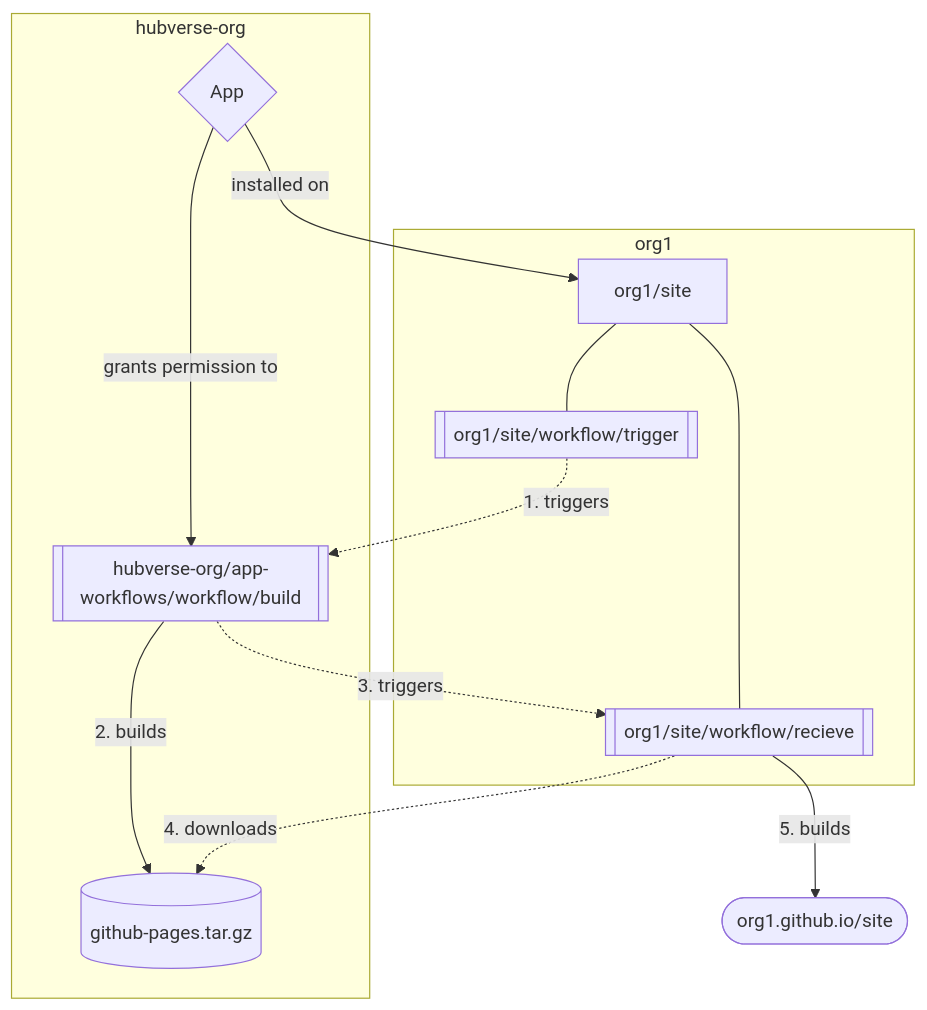
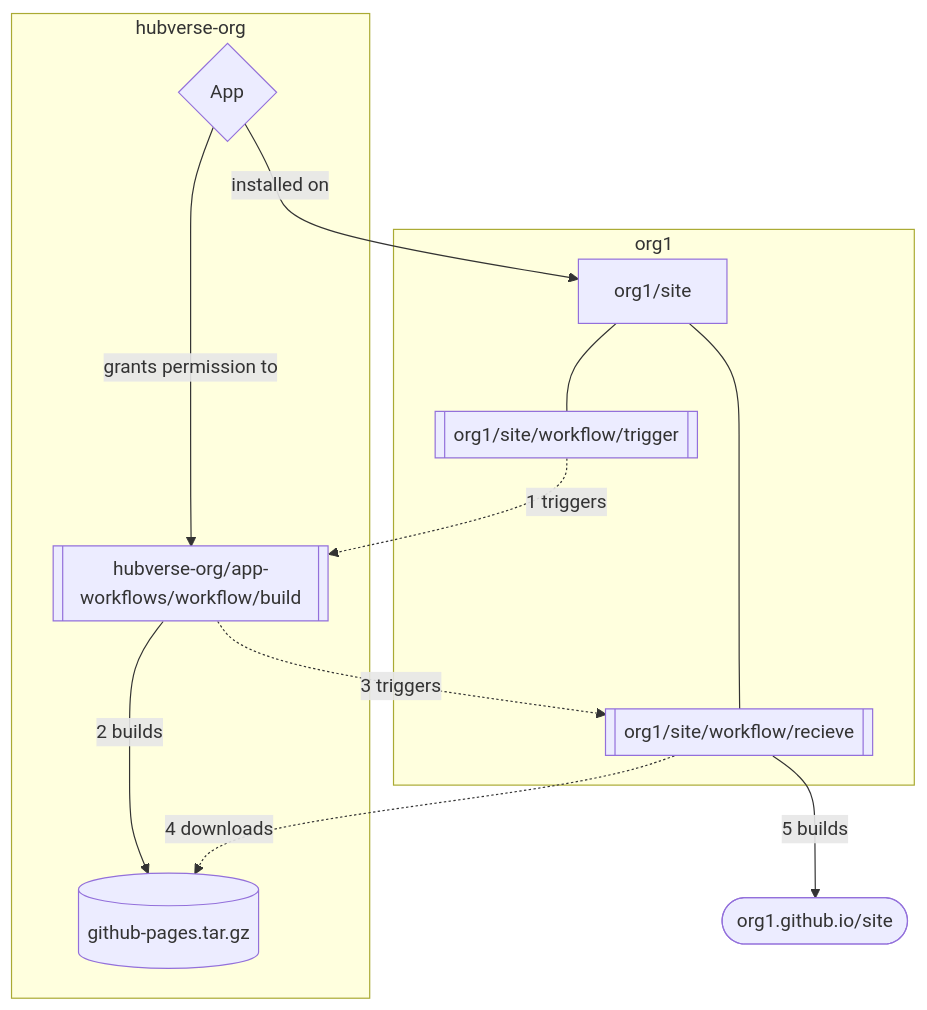
The third of 3 diagrams in README.md (zkamvar/test-fictional-octo-disco), drawn with Mermaid before and after one commit.

Commit message:
fix mermaid panic

````diff
--- a/README.md
+++ b/README.md
@@ -117,26 +117,26 @@
 ```mermaid
 flowchart TD
     subgraph hubverse-org
     app{"App"}
     build[["hubverse-org/app-workflows/workflow/build"]]
     artifact[("github-pages.tar.gz")]
     end
 
     subgraph org1
     site1-repo["org1/site"]
     trigger[["org1/site/workflow/trigger"]]
     receive[["org1/site/workflow/recieve"]]
     end
 
     site1(["org1.github.io/site"])
     app-->|installed on|site1-repo
     site1-repo---trigger
     site1-repo---receive
     app-->|grants permission to|build
-    trigger-.->|1. triggers|build
+    trigger-.->|"1 triggers"|build
     
-    build-->|2. builds|artifact
-    build-.->|3. triggers|receive
-    receive-.->|4. downloads|artifact
-    receive-->|5. builds|site1
+    build-->|"2 builds"|artifact
+    build-.->|"3 triggers"|receive
+    receive-.->|"4 downloads"|artifact
+    receive-->|"5 builds"|site1
 ```
````
